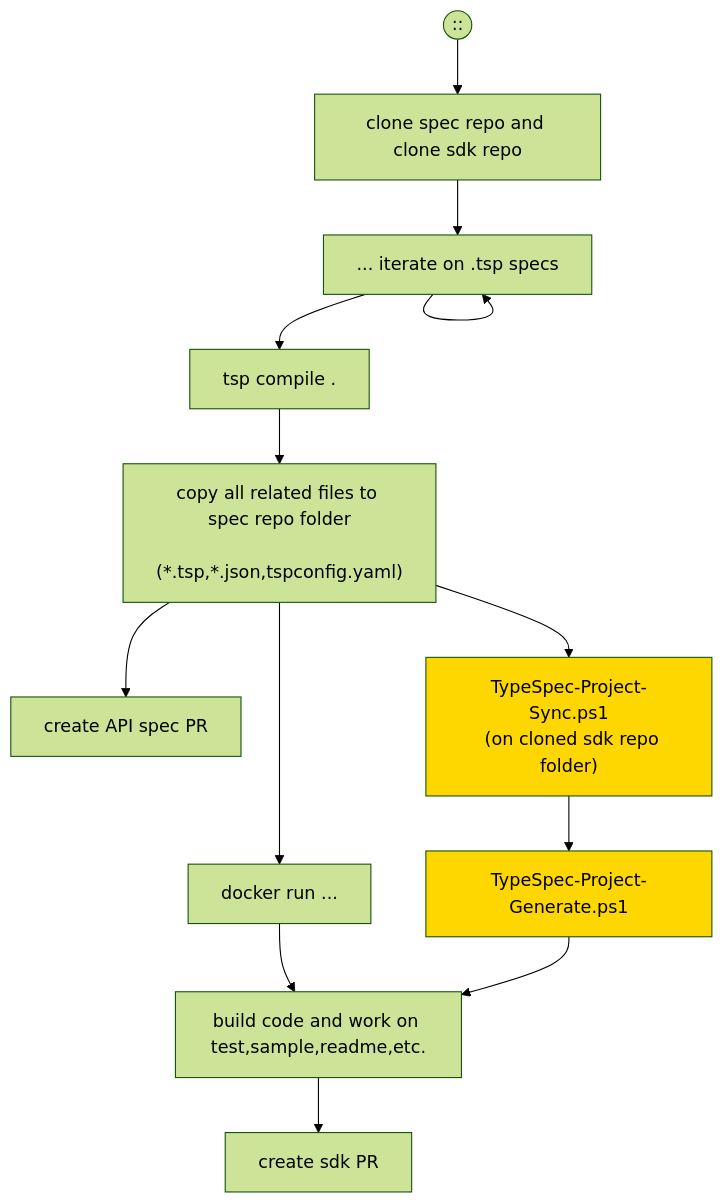
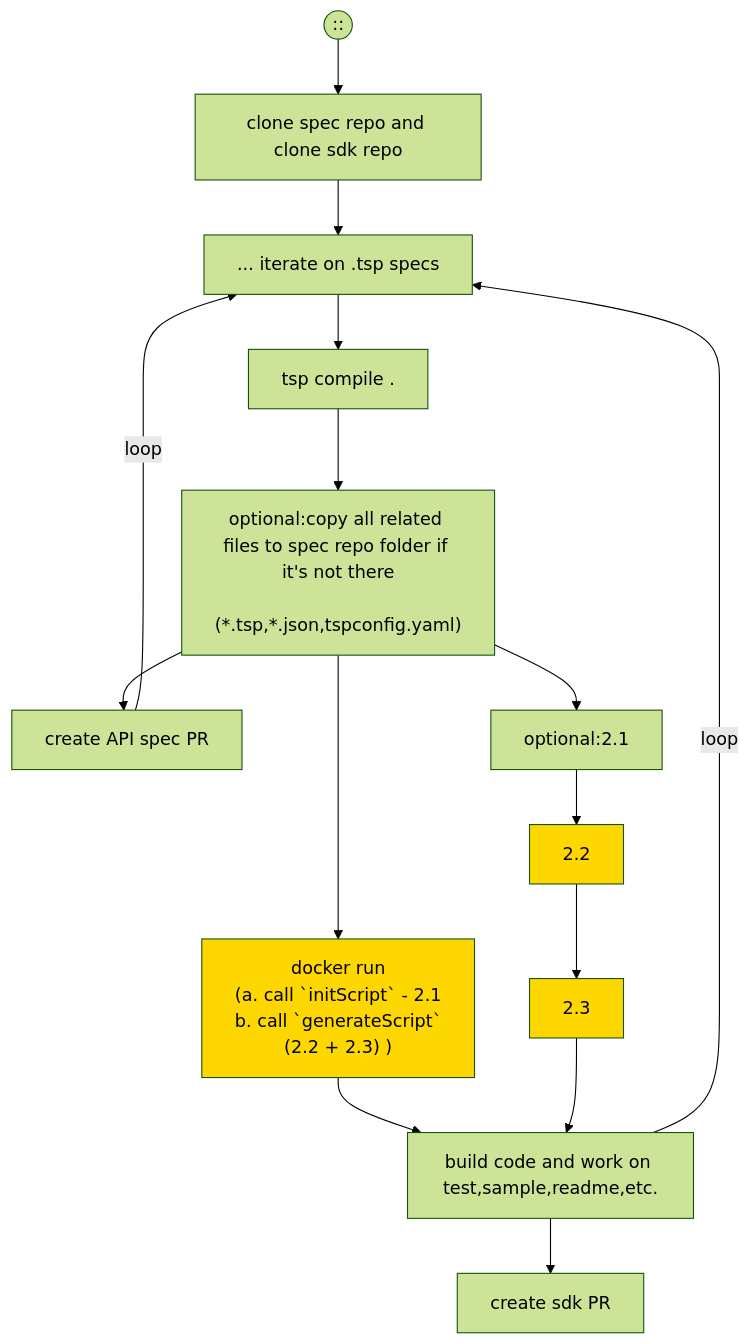
One commit to Azure/azure-rest-api-specs changed the third of 5 diagrams in documentation/typespec-end-to-end-scenarios.md. Above: the diagram before and after it, drawn with Mermaid (forest theme). The commit also changed other lines of this file, not shown here.

Commit message:
pull out common chart of sdk generation

````diff
--- a/documentation/typespec-end-to-end-scenarios.md
+++ b/documentation/typespec-end-to-end-scenarios.md
@@ -93,21 +125,25 @@
 ```mermaid
 flowchart TD;
   classDef highlight fill:#ffd700
   User((::))-->A
+  A
   A["clone spec repo and clone sdk repo"]-->B
-  B-->B
   B["... iterate on .tsp specs"]-->C
   C["tsp compile ."]-->D
-  D["copy all related files to spec repo folder
+  D["optional:copy all related files to spec repo folder if it's not there
   (*.tsp,*.json,tspconfig.yaml)"]-->E
   D-->F
-  E["create API spec PR"]
-  F["docker run ..."]-->I
-  D-->G
-  G["TypeSpec-Project-Sync.ps1
-  (on cloned sdk repo folder)"]-->H
-  H["TypeSpec-Project-Generate.ps1"]-->I
+  E["create API spec PR"]-->|loop|B
+  F["docker run
+  (a. call `initScript` - 2.1
+  b. call `generateScript` 
+  (2.2 + 2.3) )"]-->I  
+  D-->K
+  K["optional:2.1"]-->G
+  G["2.2"]-->H
+  H["2.3"]-->I
   I["build code and work on test,sample,readme,etc."]-->J
+  I-->|loop|B
   J["create sdk PR"]
-  class G,H highlight
+  class F,G,H highlight
 ```
````
